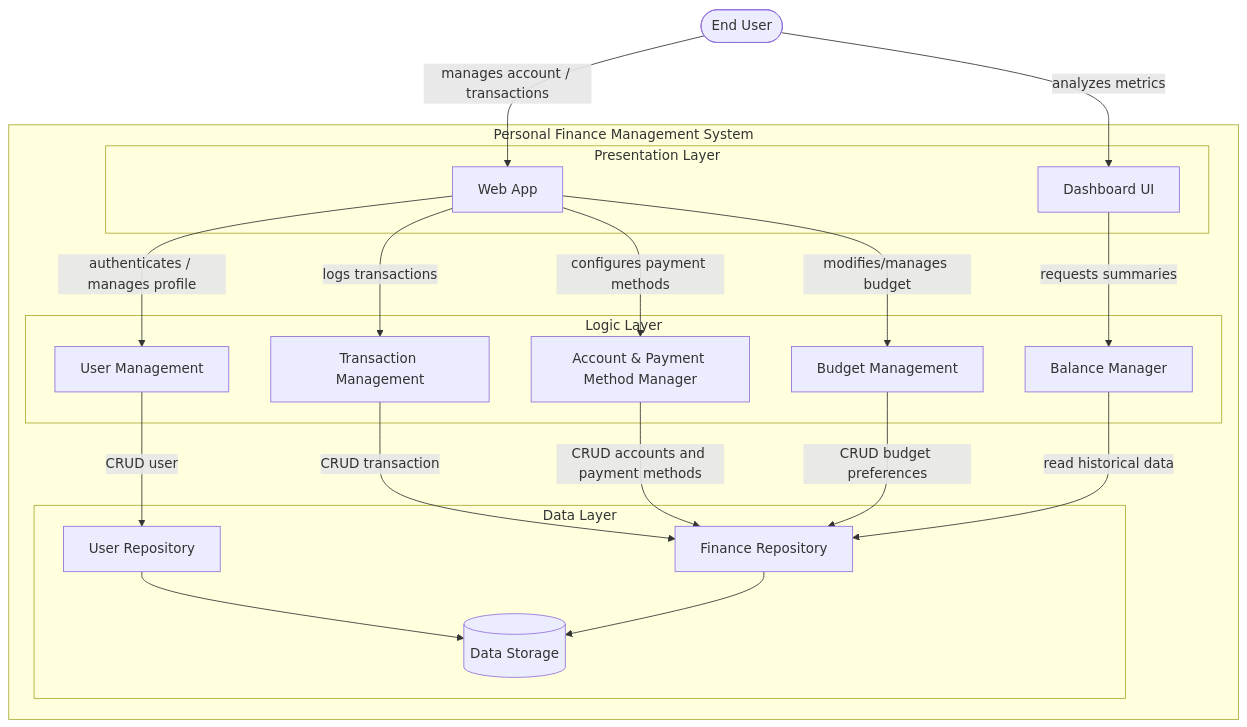
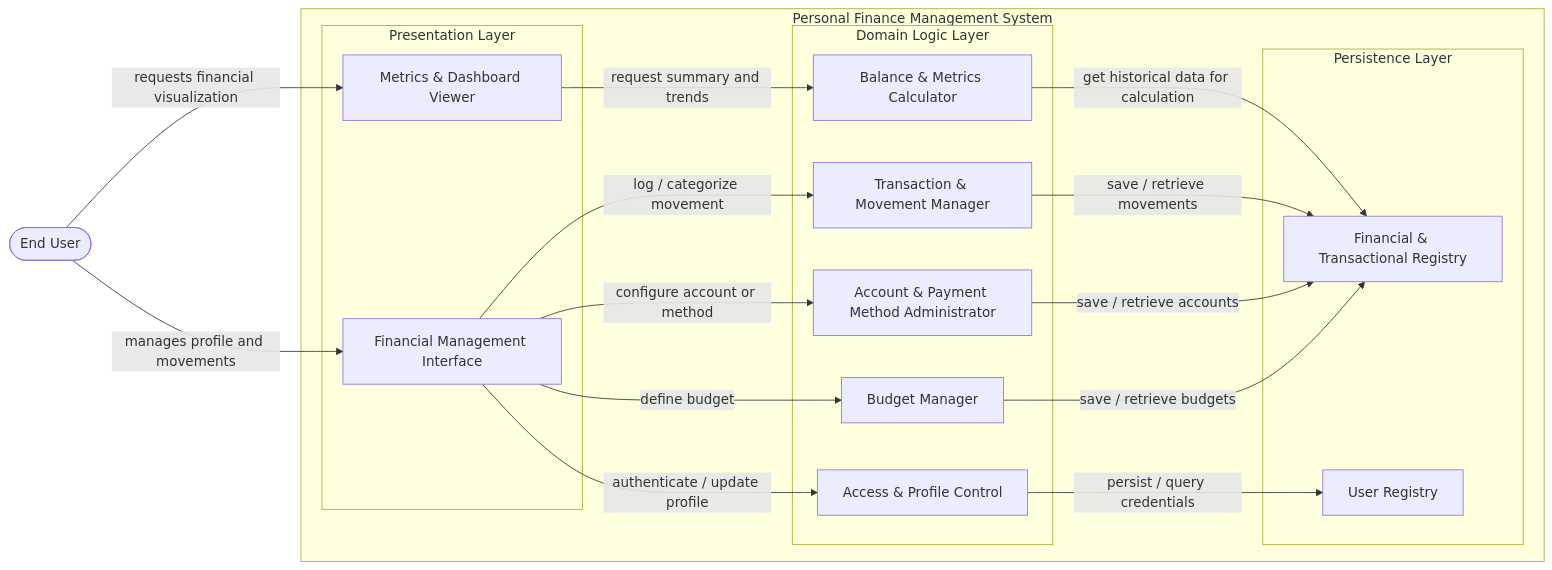
The first of 2 diagrams in docs/01_Architectural_and_Detailed_Design.md (JogerUN/UN-budget), drawn with Mermaid before and after one commit. The commit also changed other lines of this file, not shown here.

Commit message:
Correction of: labels, flow direction, and cylinder redundancy

````diff
--- a/docs/01_Architectural_and_Detailed_Design.md
+++ b/docs/01_Architectural_and_Detailed_Design.md
@@ -54,46 +54,43 @@
 ```mermaid
-flowchart TD
+flowchart LR
     User([End User])
 
     subgraph SYS["Personal Finance Management System"]
         
         subgraph PresentationLayer["Presentation Layer"]
-            WebApp["Web App"]
-            DashUI["Dashboard UI"]
+            MetricsViewer["Metrics & Dashboard Viewer"]
+            FinInterface["Financial Management Interface"]
         end
 
-        subgraph LogicLayer["Logic Layer"]
-            UserMgmt["User Management"]
-            TransactMgmt["Transaction Management"]
-            AccountMgmt["Account & Payment Method Manager"]
-            BudgetMgmt["Budget Management"]
-            BalanceMgmt["Balance Manager"]
+        subgraph LogicLayer["Domain Logic Layer"]
+            BalanceCalc["Balance & Metrics Calculator"]
+            AccountAdmin["Account & Payment Method Administrator"]
+            BudgetMgr["Budget Manager"]
+            AccessControl["Access & Profile Control"]
+            TransactionMgr["Transaction & Movement Manager"]
         end
 
-        subgraph DataLayer["Data Layer"]
-            UserRepo["User Repository"]
-            FinanceRepo["Finance Repository"]
-            DB[("Data Storage")]
+        subgraph PersistenceLayer["Persistence Layer"]
+            FinRegistry["Financial & Transactional Registry"]
+            UserRegistry["User Registry"]
         end
         
     end
 
-    User -->|"manages account / transactions"| WebApp
-    User -->|"analyzes metrics"| DashUI
+    User -->|"requests financial visualization"| MetricsViewer
+    User -->|"manages profile and movements"| FinInterface
 
-    WebApp -->|"authenticates / manages profile"| UserMgmt
-    WebApp -->|"logs transactions"| TransactMgmt
-    WebApp -->|"configures payment methods"| AccountMgmt
-    WebApp -->|"modifies/manages budget"| BudgetMgmt
+    MetricsViewer -->|"request summary and trends"| BalanceCalc
     
-    DashUI -->|"requests summaries"| BalanceMgmt
+    FinInterface -->|"log / categorize movement"| TransactionMgr
+    FinInterface -->|"configure account or method"| AccountAdmin
+    FinInterface -->|"define budget"| BudgetMgr
+    FinInterface -->|"authenticate / update profile"| AccessControl
 
-    UserMgmt -->|"CRUD user"| UserRepo
-    TransactMgmt -->|"CRUD transaction"| FinanceRepo
-    AccountMgmt -->|"CRUD accounts and payment methods"| FinanceRepo
-    BudgetMgmt -->|"CRUD budget preferences"| FinanceRepo
-    BalanceMgmt -->|"read historical data"| FinanceRepo
+    BalanceCalc -->|"get historical data for calculation"| FinRegistry
 
-    UserRepo --> DB
-    FinanceRepo --> DB
+    TransactionMgr -->|"save / retrieve movements"| FinRegistry
+    AccountAdmin -->|"save / retrieve accounts"| FinRegistry
+    BudgetMgr -->|"save / retrieve budgets"| FinRegistry
+    AccessControl -->|"persist / query credentials"| UserRegistry
 ```
````
